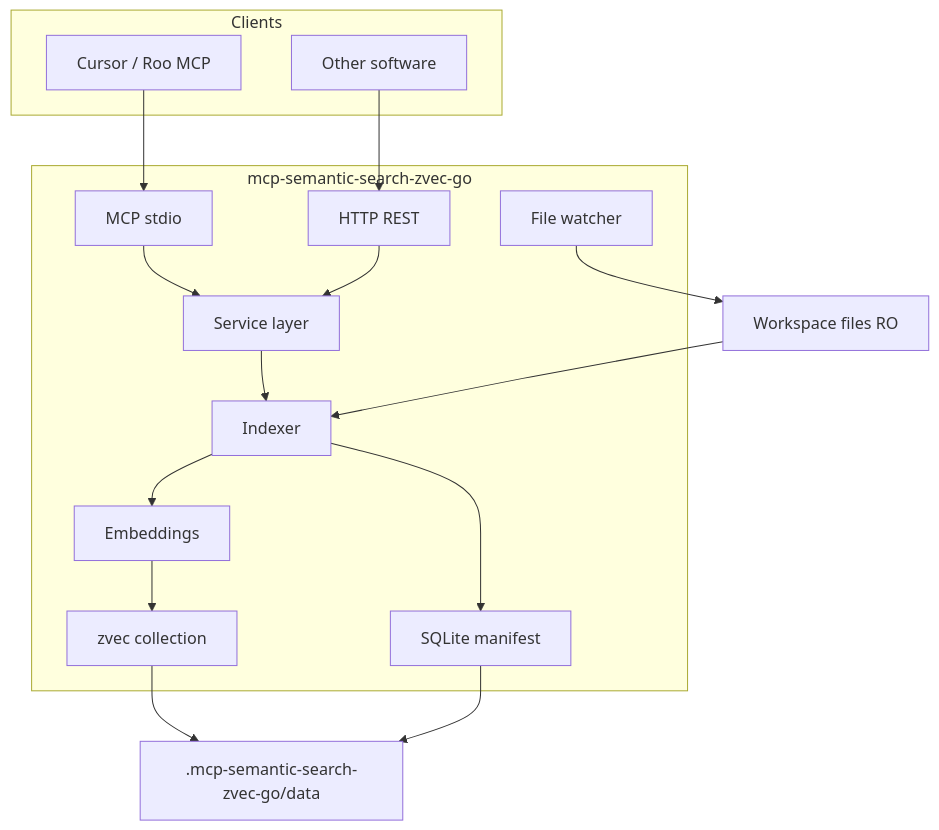
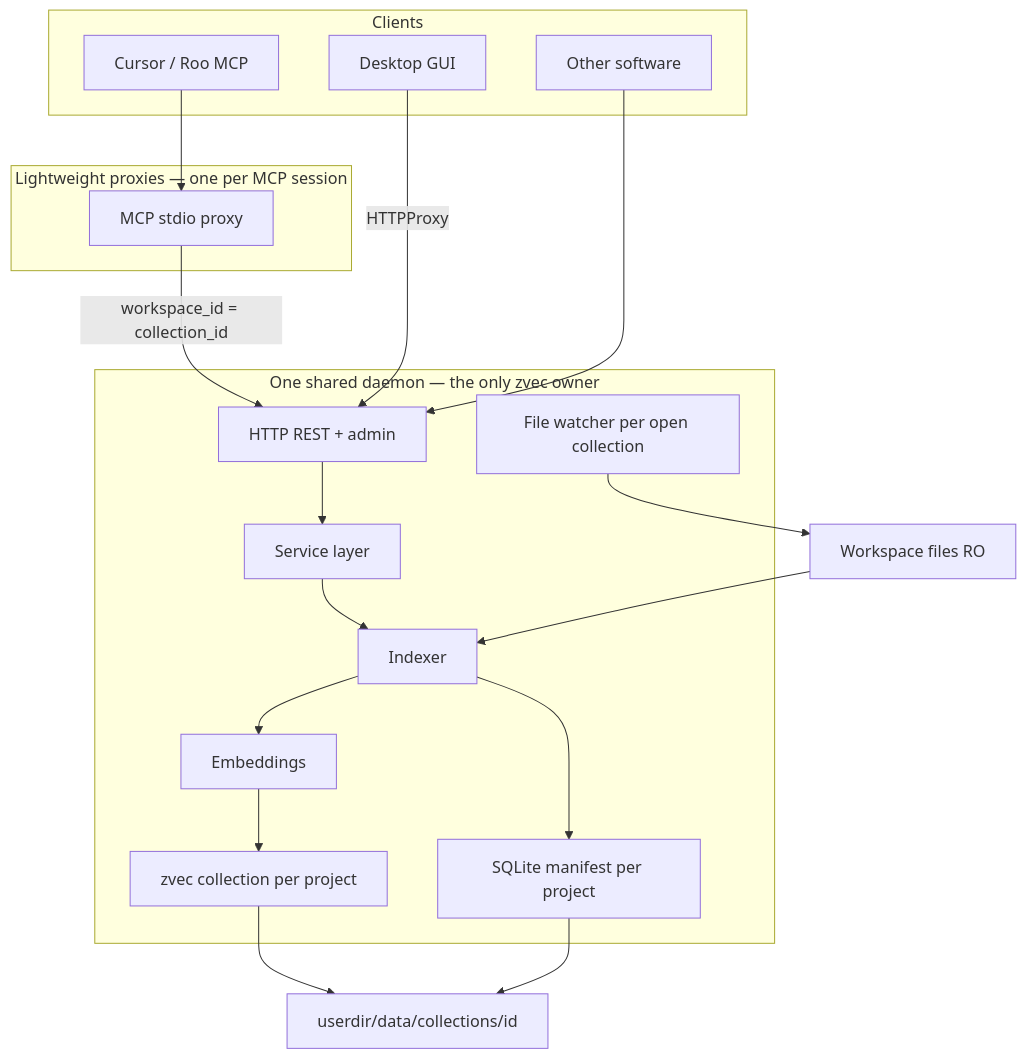
Before and after one commit to 1CSerg/mcp-semantic-search-zvec-go: the first of 3 diagrams in docs/ARCHITECTURE.md, drawn with Mermaid. The commit also changed other lines of this file and 107 other files, not shown here.

````diff
--- a/docs/ARCHITECTURE.md
+++ b/docs/ARCHITECTURE.md
@@ -5,34 +5,39 @@
 ```mermaid
 flowchart TB
   subgraph clients [Clients]
     Cursor[Cursor / Roo MCP]
     OtherSW[Other software]
+    GUI[Desktop GUI]
   end
 
-  subgraph process [mcp-semantic-search-zvec-go]
-    MCP[MCP stdio]
-    HTTP[HTTP REST]
+  subgraph proxy [Lightweight proxies — one per MCP session]
+    MCPProxy[MCP stdio proxy]
+  end
+
+  subgraph daemon [One shared daemon — the only zvec owner]
+    HTTP[HTTP REST + admin]
     SVC[Service layer]
     Idx[Indexer]
     Emb[Embeddings]
-    Zvec[zvec collection]
-    Man[SQLite manifest]
-    Watch[File watcher]
+    Zvec[zvec collection per project]
+    Man[SQLite manifest per project]
+    Watch[File watcher per open collection]
   end
 
   WS[Workspace files RO]
-  Data[.mcp-semantic-search-zvec-go/data]
+  Data[userdir/data/collections/id]
 
-  Cursor --> MCP
+  Cursor --> MCPProxy
+  MCPProxy -->|"workspace_id = collection_id"| HTTP
+  GUI -->|"HTTPProxy"| HTTP
   OtherSW --> HTTP
-  MCP --> SVC
   HTTP --> SVC
   SVC --> Idx
   Idx --> Emb
   Idx --> Man
   Emb --> Zvec
   WS --> Idx
   Watch --> WS
   Zvec --> Data
   Man --> Data
 ```
````
